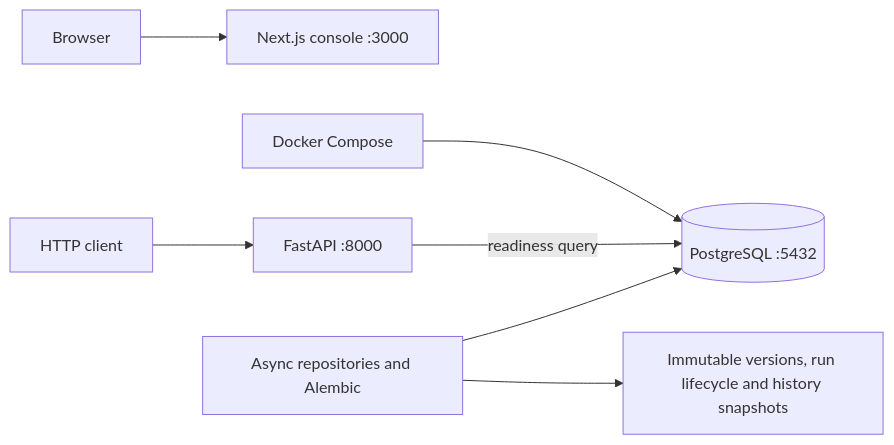
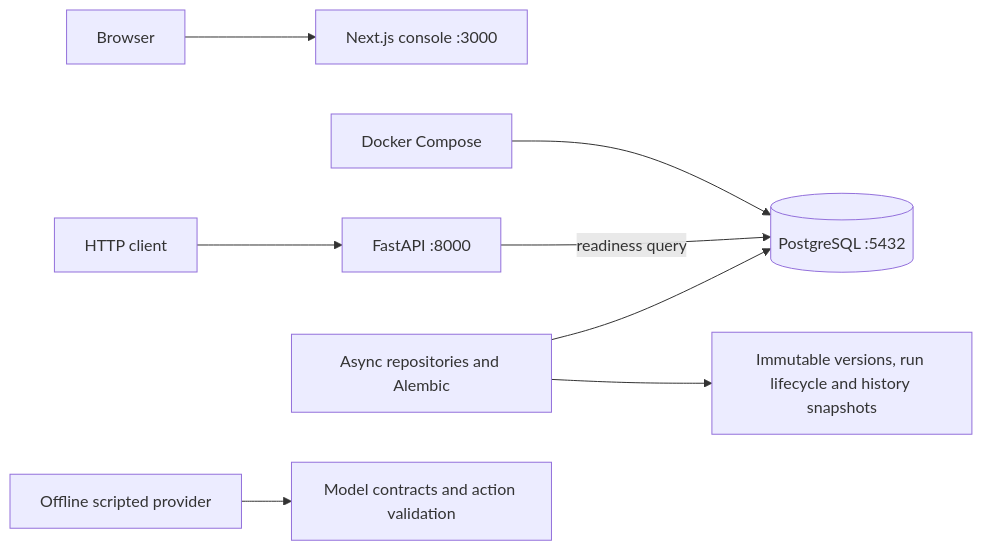
One commit to TaoM29/runveil changed the first of 2 diagrams in ARCHITECTURE.md. Above: the diagram before and after it, drawn with Mermaid. The commit also changed other lines of this file and 2 other files, not shown here.

Commit message:
docs: update Runveil architecture roadmap and project overview

````diff
--- a/ARCHITECTURE.md
+++ b/ARCHITECTURE.md
@@ -5,9 +5,10 @@
 ```mermaid
 flowchart LR
     Browser --> Web[Next.js console :3000]
     Client[HTTP client] --> API[FastAPI :8000]
     Compose[Docker Compose] --> PG[(PostgreSQL :5432)]
     API -->|readiness query| PG
     Persistence[Async repositories and Alembic] --> PG
     Persistence --> Domain[Immutable versions, run lifecycle and history snapshots]
+    Scripted[Offline scripted provider] --> Contracts[Model contracts and action validation]
 ```
````
